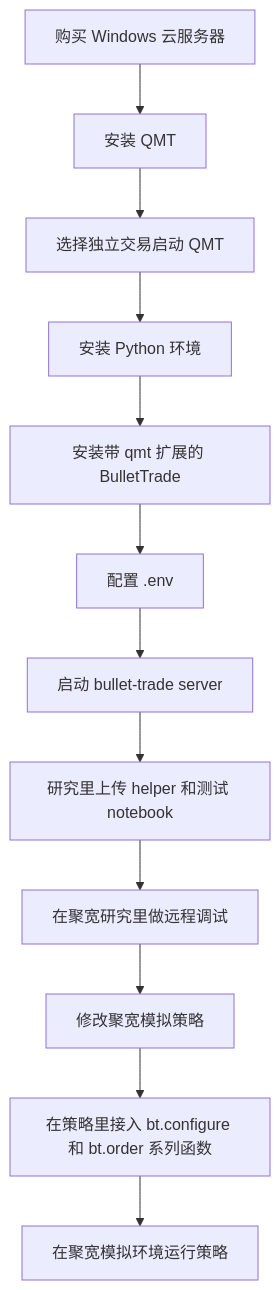
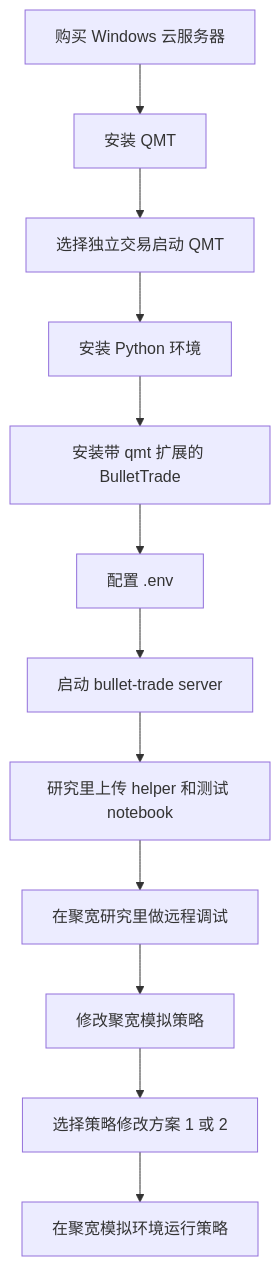
One commit to BulletTrade/bullet-trade changed the diagram in docs/beginner-route-b.md. Above: the diagram before and after it, drawn with Mermaid. The commit also changed other lines of this file and 11 other files, not shown here.

````diff
--- a/docs/beginner-route-b.md
+++ b/docs/beginner-route-b.md
@@ -22,14 +33,14 @@
 ```mermaid
 flowchart TD
     A["购买 Windows 云服务器"] --> B["安装 QMT"]
     B --> C["选择独立交易启动 QMT"]
     C --> D["安装 Python 环境"]
     D --> E["安装带 qmt 扩展的 BulletTrade"]
     E --> F["配置 .env"]
     F --> G["启动 bullet-trade server"]
     G --> H["研究里上传 helper 和测试 notebook"]
     H --> I["在聚宽研究里做远程调试"]
     I --> J["修改聚宽模拟策略"]
-    J --> K["在策略里接入 bt.configure 和 bt.order 系列函数"]
+    J --> K["选择策略修改方案 1 或 2"]
     K --> L["在聚宽模拟环境运行策略"]
 ```
````
